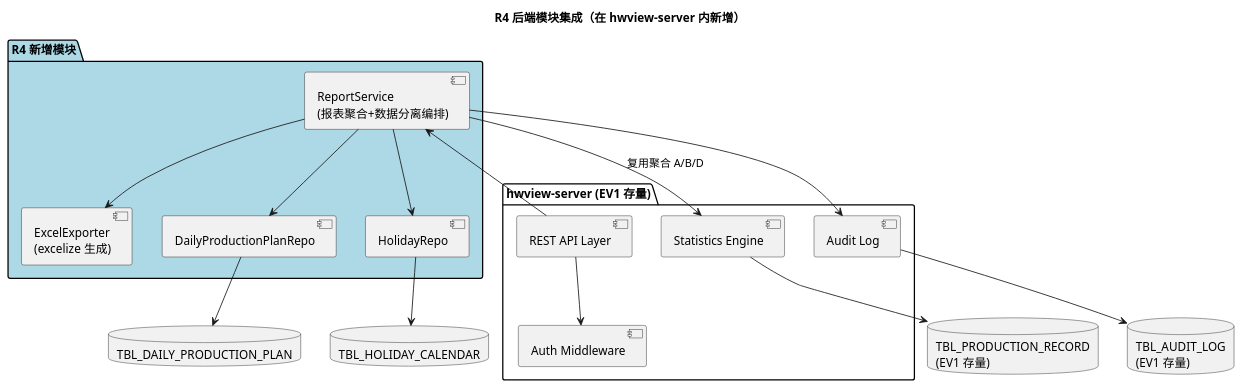
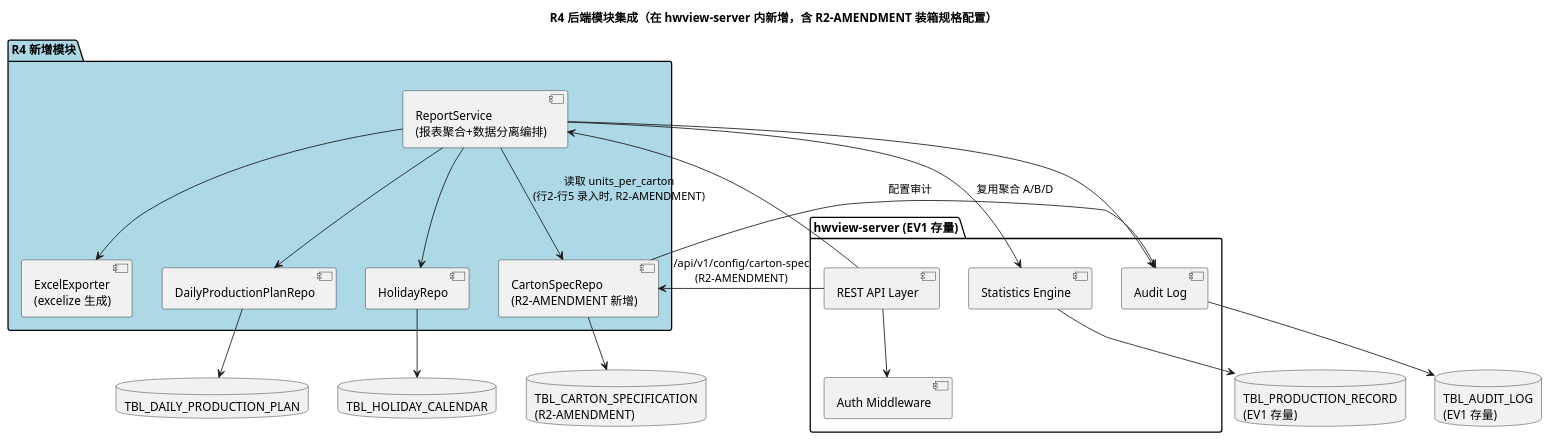
Before and after one commit to wujupeng/HWView: diagram 14 of 14 in .codeartsdoer/specs/hwview_platform/design.md, drawn with PlantUML. The commit also changed other lines of this file and 1 other file, not shown here.

First line of the commit message:
R2-AMENDMENT: quantity=carton_count, actual_quantity=carton_count*units_per_carton+loose_quantity

````diff
--- a/.codeartsdoer/specs/hwview_platform/design.md
+++ b/.codeartsdoer/specs/hwview_platform/design.md
@@ -2592,37 +2910,43 @@
 ```plantuml
 @startuml
-title R4 后端模块集成（在 hwview-server 内新增）
+title R4 后端模块集成（在 hwview-server 内新增，含 R2-AMENDMENT 装箱规格配置）
 
 package "hwview-server (EV1 存量)" {
   component [REST API Layer] as API
   component [Statistics Engine] as StatsEng
   component [Audit Log] as Audit
   component [Auth Middleware] as Auth
 }
 
 package "R4 新增模块" #LightBlue {
   component [ReportService\n(报表聚合+数据分离编排)] as ReportSvc
   component [ExcelExporter\n(excelize 生成)] as ExcelExp
   component [DailyProductionPlanRepo] as PlanRepo
   component [HolidayRepo] as HolidayRepo
+  component [CartonSpecRepo\n(R2-AMENDMENT 新增)] as CartonRepo
 }
 
 database "TBL_DAILY_PRODUCTION_PLAN" as PlanTbl
 database "TBL_HOLIDAY_CALENDAR" as HolidayTbl
+database "TBL_CARTON_SPECIFICATION\n(R2-AMENDMENT)" as CartonTbl
 database "TBL_PRODUCTION_RECORD\n(EV1 存量)" as RecTbl
 database "TBL_AUDIT_LOG\n(EV1 存量)" as AuditTbl
 
 API --> Auth
 API --> ReportSvc
+API --> CartonRepo : /api/v1/config/carton-spec\n(R2-AMENDMENT)
 ReportSvc --> PlanRepo
 ReportSvc --> HolidayRepo
+ReportSvc --> CartonRepo : 读取 units_per_carton\n(行2-行5 录入时, R2-AMENDMENT)
 ReportSvc --> StatsEng : 复用聚合 A/B/D
 ReportSvc --> ExcelExp
 ReportSvc --> Audit
+CartonRepo --> Audit : 配置审计
 PlanRepo --> PlanTbl
 HolidayRepo --> HolidayTbl
+CartonRepo --> CartonTbl
 StatsEng --> RecTbl
 Audit --> AuditTbl
 
 @enduml
 ```
````
